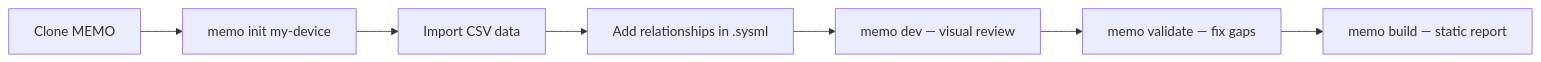
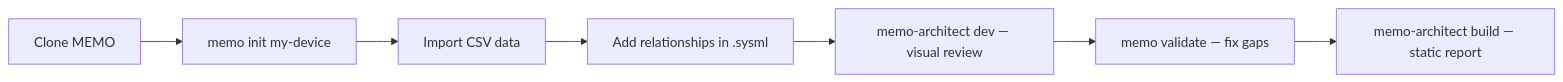
One commit to memoarchitect/memo-architect changed the diagram in docs/src/users/guides-index.md. Above: the diagram before and after it, drawn with Mermaid. The commit also changed 97 other files, not shown here.

Commit message:
package architect as the visual memo distribution

````diff
--- a/docs/src/users/guides-index.md
+++ b/docs/src/users/guides-index.md
@@ -33,9 +33,9 @@
 ```mermaid
 graph LR
     A[Clone MEMO] --> B[memo init my-device]
     B --> C[Import CSV data]
     C --> D[Add relationships in .sysml]
-    D --> E[memo dev — visual review]
+    D --> E[memo-architect dev — visual review]
     E --> F[memo validate — fix gaps]
-    F --> G[memo build — static report]
+    F --> G[memo-architect build — static report]
 ```
````
